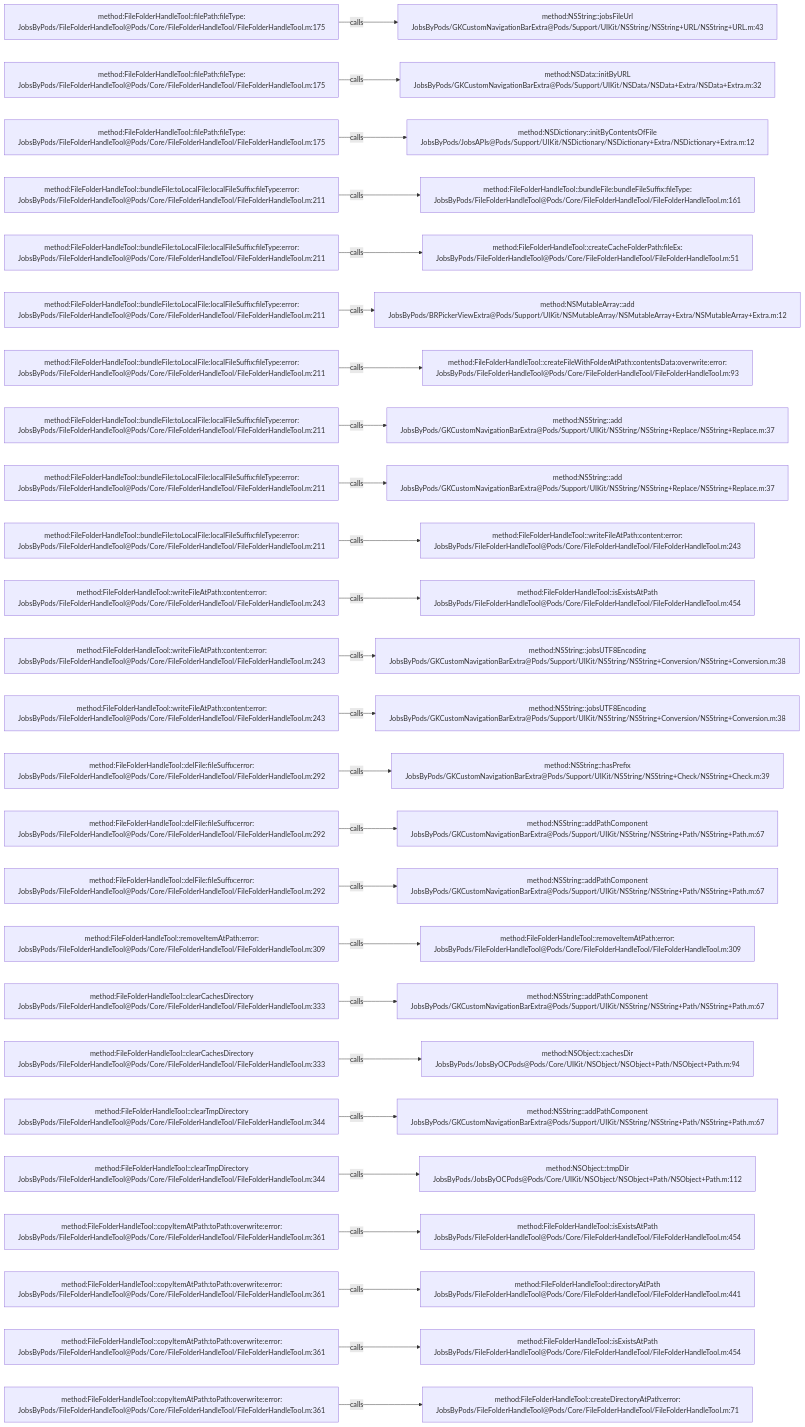
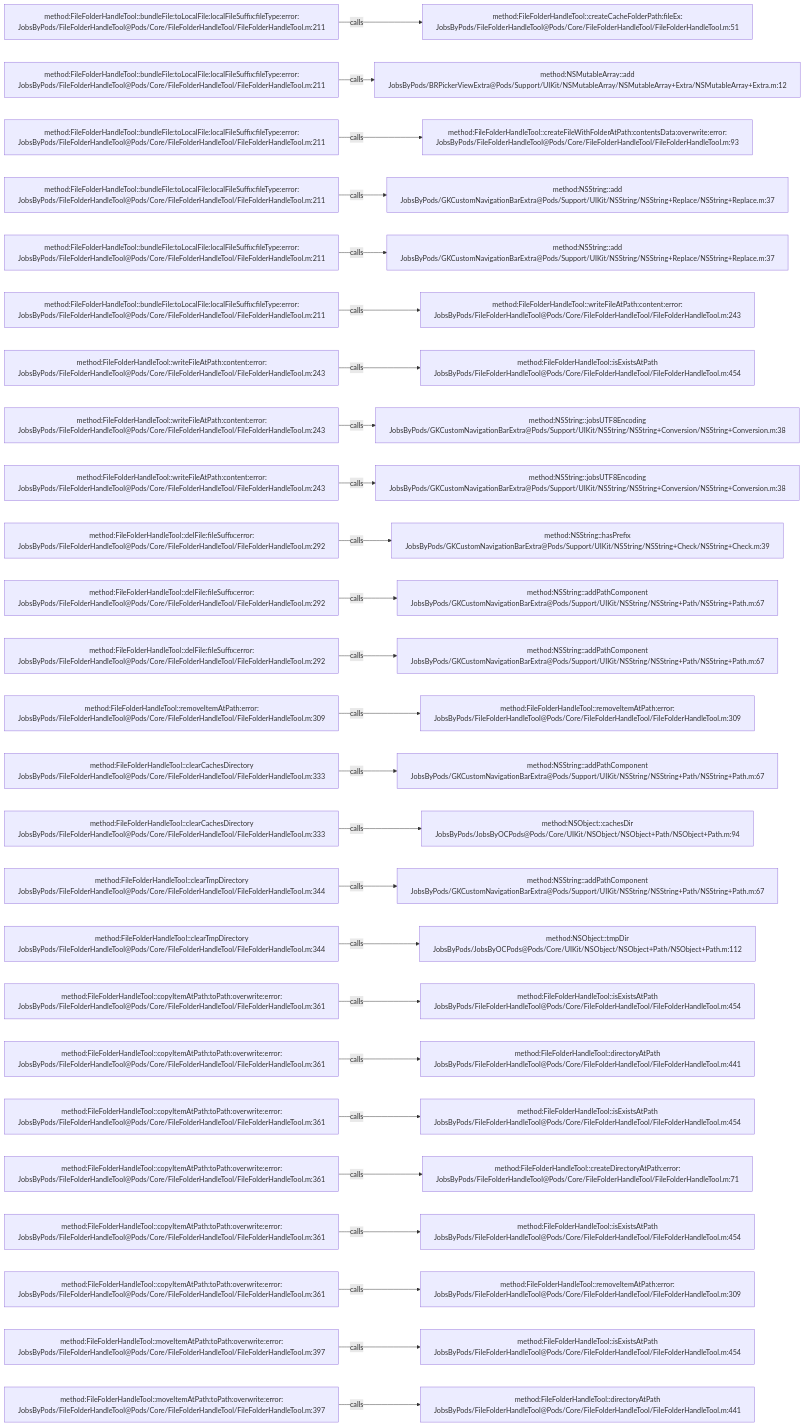
Before and after one commit to JobsKits/JobsOCBaseConfigDemo: the diagram in .codegraph/codegraph.md/graphs/calls-006.md, drawn with Mermaid. The commit also changed 223 other files, not shown here.

````diff
--- a/.codegraph/codegraph.md/graphs/calls-006.md
+++ b/.codegraph/codegraph.md/graphs/calls-006.md
@@ -13,78 +13,78 @@
 ```mermaid
 flowchart LR
-  S1["method:FileFolderHandleTool::filePath:fileType:<br/>JobsByPods/FileFolderHandleTool@Pods/Core/FileFolderHandleTool/FileFolderHandleTool.m:175"]
-  T1["method:NSString::jobsFileUrl<br/>JobsByPods/GKCustomNavigationBarExtra@Pods/Support/UIKit/NSString/NSString+URL/NSString+URL.m:43"]
+  S1["method:FileFolderHandleTool::bundleFile:toLocalFile:localFileSuffix:fileType:error:<br/>JobsByPods/FileFolderHandleTool@Pods/Core/FileFolderHandleTool/FileFolderHandleTool.m:211"]
+  T1["method:FileFolderHandleTool::createCacheFolderPath:fileEx:<br/>JobsByPods/FileFolderHandleTool@Pods/Core/FileFolderHandleTool/FileFolderHandleTool.m:51"]
   S1 -->|calls| T1
-  S2["method:FileFolderHandleTool::filePath:fileType:<br/>JobsByPods/FileFolderHandleTool@Pods/Core/FileFolderHandleTool/FileFolderHandleTool.m:175"]
-  T2["method:NSData::initByURL<br/>JobsByPods/GKCustomNavigationBarExtra@Pods/Support/UIKit/NSData/NSData+Extra/NSData+Extra.m:32"]
+  S2["method:FileFolderHandleTool::bundleFile:toLocalFile:localFileSuffix:fileType:error:<br/>JobsByPods/FileFolderHandleTool@Pods/Core/FileFolderHandleTool/FileFolderHandleTool.m:211"]
+  T2["method:NSMutableArray::add<br/>JobsByPods/BRPickerViewExtra@Pods/Support/UIKit/NSMutableArray/NSMutableArray+Extra/NSMutableArray+Extra.m:12"]
   S2 -->|calls| T2
-  S3["method:FileFolderHandleTool::filePath:fileType:<br/>JobsByPods/FileFolderHandleTool@Pods/Core/FileFolderHandleTool/FileFolderHandleTool.m:175"]
-  T3["method:NSDictionary::initByContentsOfFile<br/>JobsByPods/JobsAPIs@Pods/Support/UIKit/NSDictionary/NSDictionary+Extra/NSDictionary+Extra.m:12"]
+  S3["method:FileFolderHandleTool::bundleFile:toLocalFile:localFileSuffix:fileType:error:<br/>JobsByPods/FileFolderHandleTool@Pods/Core/FileFolderHandleTool/FileFolderHandleTool.m:211"]
+  T3["method:FileFolderHandleTool::createFileWithFolderAtPath:contentsData:overwrite:error:<br/>JobsByPods/FileFolderHandleTool@Pods/Core/FileFolderHandleTool/FileFolderHandleTool.m:93"]
   S3 -->|calls| T3
   S4["method:FileFolderHandleTool::bundleFile:toLocalFile:localFileSuffix:fileType:error:<br/>JobsByPods/FileFolderHandleTool@Pods/Core/FileFolderHandleTool/FileFolderHandleTool.m:211"]
-  T4["method:FileFolderHandleTool::bundleFile:bundleFileSuffix:fileType:<br/>JobsByPods/FileFolderHandleTool@Pods/Core/FileFolderHandleTool/FileFolderHandleTool.m:161"]
+  T4["method:NSString::add<br/>JobsByPods/GKCustomNavigationBarExtra@Pods/Support/UIKit/NSString/NSString+Replace/NSString+Replace.m:37"]
   S4 -->|calls| T4
   S5["method:FileFolderHandleTool::bundleFile:toLocalFile:localFileSuffix:fileType:error:<br/>JobsByPods/FileFolderHandleTool@Pods/Core/FileFolderHandleTool/FileFolderHandleTool.m:211"]
-  T5["method:FileFolderHandleTool::createCacheFolderPath:fileEx:<br/>JobsByPods/FileFolderHandleTool@Pods/Core/FileFolderHandleTool/FileFolderHandleTool.m:51"]
+  T5["method:NSString::add<br/>JobsByPods/GKCustomNavigationBarExtra@Pods/Support/UIKit/NSString/NSString+Replace/NSString+Replace.m:37"]
   S5 -->|calls| T5
   S6["method:FileFolderHandleTool::bundleFile:toLocalFile:localFileSuffix:fileType:error:<br/>JobsByPods/FileFolderHandleTool@Pods/Core/FileFolderHandleTool/FileFolderHandleTool.m:211"]
-  T6["method:NSMutableArray::add<br/>JobsByPods/BRPickerViewExtra@Pods/Support/UIKit/NSMutableArray/NSMutableArray+Extra/NSMutableArray+Extra.m:12"]
+  T6["method:FileFolderHandleTool::writeFileAtPath:content:error:<br/>JobsByPods/FileFolderHandleTool@Pods/Core/FileFolderHandleTool/FileFolderHandleTool.m:243"]
   S6 -->|calls| T6
-  S7["method:FileFolderHandleTool::bundleFile:toLocalFile:localFileSuffix:fileType:error:<br/>JobsByPods/FileFolderHandleTool@Pods/Core/FileFolderHandleTool/FileFolderHandleTool.m:211"]
-  T7["method:FileFolderHandleTool::createFileWithFolderAtPath:contentsData:overwrite:error:<br/>JobsByPods/FileFolderHandleTool@Pods/Core/FileFolderHandleTool/FileFolderHandleTool.m:93"]
+  S7["method:FileFolderHandleTool::writeFileAtPath:content:error:<br/>JobsByPods/FileFolderHandleTool@Pods/Core/FileFolderHandleTool/FileFolderHandleTool.m:243"]
+  T7["method:FileFolderHandleTool::isExistsAtPath<br/>JobsByPods/FileFolderHandleTool@Pods/Core/FileFolderHandleTool/FileFolderHandleTool.m:454"]
   S7 -->|calls| T7
-  S8["method:FileFolderHandleTool::bundleFile:toLocalFile:localFileSuffix:fileType:error:<br/>JobsByPods/FileFolderHandleTool@Pods/Core/FileFolderHandleTool/FileFolderHandleTool.m:211"]
-  T8["method:NSString::add<br/>JobsByPods/GKCustomNavigationBarExtra@Pods/Support/UIKit/NSString/NSString+Replace/NSString+Replace.m:37"]
+  S8["method:FileFolderHandleTool::writeFileAtPath:content:error:<br/>JobsByPods/FileFolderHandleTool@Pods/Core/FileFolderHandleTool/FileFolderHandleTool.m:243"]
+  T8["method:NSString::jobsUTF8Encoding<br/>JobsByPods/GKCustomNavigationBarExtra@Pods/Support/UIKit/NSString/NSString+Conversion/NSString+Conversion.m:38"]
   S8 -->|calls| T8
-  S9["method:FileFolderHandleTool::bundleFile:toLocalFile:localFileSuffix:fileType:error:<br/>JobsByPods/FileFolderHandleTool@Pods/Core/FileFolderHandleTool/FileFolderHandleTool.m:211"]
-  T9["method:NSString::add<br/>JobsByPods/GKCustomNavigationBarExtra@Pods/Support/UIKit/NSString/NSString+Replace/NSString+Replace.m:37"]
+  S9["method:FileFolderHandleTool::writeFileAtPath:content:error:<br/>JobsByPods/FileFolderHandleTool@Pods/Core/FileFolderHandleTool/FileFolderHandleTool.m:243"]
+  T9["method:NSString::jobsUTF8Encoding<br/>JobsByPods/GKCustomNavigationBarExtra@Pods/Support/UIKit/NSString/NSString+Conversion/NSString+Conversion.m:38"]
   S9 -->|calls| T9
-  S10["method:FileFolderHandleTool::bundleFile:toLocalFile:localFileSuffix:fileType:error:<br/>JobsByPods/FileFolderHandleTool@Pods/Core/FileFolderHandleTool/FileFolderHandleTool.m:211"]
-  T10["method:FileFolderHandleTool::writeFileAtPath:content:error:<br/>JobsByPods/FileFolderHandleTool@Pods/Core/FileFolderHandleTool/FileFolderHandleTool.m:243"]
+  S10["method:FileFolderHandleTool::delFile:fileSuffix:error:<br/>JobsByPods/FileFolderHandleTool@Pods/Core/FileFolderHandleTool/FileFolderHandleTool.m:292"]
+  T10["method:NSString::hasPrefix<br/>JobsByPods/GKCustomNavigationBarExtra@Pods/Support/UIKit/NSString/NSString+Check/NSString+Check.m:39"]
   S10 -->|calls| T10
-  S11["method:FileFolderHandleTool::writeFileAtPath:content:error:<br/>JobsByPods/FileFolderHandleTool@Pods/Core/FileFolderHandleTool/FileFolderHandleTool.m:243"]
-  T11["method:FileFolderHandleTool::isExistsAtPath<br/>JobsByPods/FileFolderHandleTool@Pods/Core/FileFolderHandleTool/FileFolderHandleTool.m:454"]
+  S11["method:FileFolderHandleTool::delFile:fileSuffix:error:<br/>JobsByPods/FileFolderHandleTool@Pods/Core/FileFolderHandleTool/FileFolderHandleTool.m:292"]
+  T11["method:NSString::addPathComponent<br/>JobsByPods/GKCustomNavigationBarExtra@Pods/Support/UIKit/NSString/NSString+Path/NSString+Path.m:67"]
   S11 -->|calls| T11
-  S12["method:FileFolderHandleTool::writeFileAtPath:content:error:<br/>JobsByPods/FileFolderHandleTool@Pods/Core/FileFolderHandleTool/FileFolderHandleTool.m:243"]
-  T12["method:NSString::jobsUTF8Encoding<br/>JobsByPods/GKCustomNavigationBarExtra@Pods/Support/UIKit/NSString/NSString+Conversion/NSString+Conversion.m:38"]
+  S12["method:FileFolderHandleTool::delFile:fileSuffix:error:<br/>JobsByPods/FileFolderHandleTool@Pods/Core/FileFolderHandleTool/FileFolderHandleTool.m:292"]
+  T12["method:NSString::addPathComponent<br/>JobsByPods/GKCustomNavigationBarExtra@Pods/Support/UIKit/NSString/NSString+Path/NSString+Path.m:67"]
   S12 -->|calls| T12
-  S13["method:FileFolderHandleTool::writeFileAtPath:content:error:<br/>JobsByPods/FileFolderHandleTool@Pods/Core/FileFolderHandleTool/FileFolderHandleTool.m:243"]
-  T13["method:NSString::jobsUTF8Encoding<br/>JobsByPods/GKCustomNavigationBarExtra@Pods/Support/UIKit/NSString/NSString+Conversion/NSString+Conversion.m:38"]
+  S13["method:FileFolderHandleTool::removeItemAtPath:error:<br/>JobsByPods/FileFolderHandleTool@Pods/Core/FileFolderHandleTool/FileFolderHandleTool.m:309"]
+  T13["method:FileFolderHandleTool::removeItemAtPath:error:<br/>JobsByPods/FileFolderHandleTool@Pods/Core/FileFolderHandleTool/FileFolderHandleTool.m:309"]
   S13 -->|calls| T13
-  S14["method:FileFolderHandleTool::delFile:fileSuffix:error:<br/>JobsByPods/FileFolderHandleTool@Pods/Core/FileFolderHandleTool/FileFolderHandleTool.m:292"]
-  T14["method:NSString::hasPrefix<br/>JobsByPods/GKCustomNavigationBarExtra@Pods/Support/UIKit/NSString/NSString+Check/NSString+Check.m:39"]
+  S14["method:FileFolderHandleTool::clearCachesDirectory<br/>JobsByPods/FileFolderHandleTool@Pods/Core/FileFolderHandleTool/FileFolderHandleTool.m:333"]
+  T14["method:NSString::addPathComponent<br/>JobsByPods/GKCustomNavigationBarExtra@Pods/Support/UIKit/NSString/NSString+Path/NSString+Path.m:67"]
   S14 -->|calls| T14
-  S15["method:FileFolderHandleTool::delFile:fileSuffix:error:<br/>JobsByPods/FileFolderHandleTool@Pods/Core/FileFolderHandleTool/FileFolderHandleTool.m:292"]
-  T15["method:NSString::addPathComponent<br/>JobsByPods/GKCustomNavigationBarExtra@Pods/Support/UIKit/NSString/NSString+Path/NSString+Path.m:67"]
+  S15["method:FileFolderHandleTool::clearCachesDirectory<br/>JobsByPods/FileFolderHandleTool@Pods/Core/FileFolderHandleTool/FileFolderHandleTool.m:333"]
+  T15["method:NSObject::cachesDir<br/>JobsByPods/JobsByOCPods@Pods/Core/UIKit/NSObject/NSObject+Path/NSObject+Path.m:94"]
   S15 -->|calls| T15
-  S16["method:FileFolderHandleTool::delFile:fileSuffix:error:<br/>JobsByPods/FileFolderHandleTool@Pods/Core/FileFolderHandleTool/FileFolderHandleTool.m:292"]
+  S16["method:FileFolderHandleTool::clearTmpDirectory<br/>JobsByPods/FileFolderHandleTool@Pods/Core/FileFolderHandleTool/FileFolderHandleTool.m:344"]
   T16["method:NSString::addPathComponent<br/>JobsByPods/GKCustomNavigationBarExtra@Pods/Support/UIKit/NSString/NSString+Path/NSString+Path.m:67"]
   S16 -->|calls| T16
-  S17["method:FileFolderHandleTool::removeItemAtPath:error:<br/>JobsByPods/FileFolderHandleTool@Pods/Core/FileFolderHandleTool/FileFolderHandleTool.m:309"]
-  T17["method:FileFolderHandleTool::removeItemAtPath:error:<br/>JobsByPods/FileFolderHandleTool@Pods/Core/FileFolderHandleTool/FileFolderHandleTool.m:309"]
+  S17["method:FileFolderHandleTool::clearTmpDirectory<br/>JobsByPods/FileFolderHandleTool@Pods/Core/FileFolderHandleTool/FileFolderHandleTool.m:344"]
+  T17["method:NSObject::tmpDir<br/>JobsByPods/JobsByOCPods@Pods/Core/UIKit/NSObject/NSObject+Path/NSObject+Path.m:112"]
   S17 -->|calls| T17
-  S18["method:FileFolderHandleTool::clearCachesDirectory<br/>JobsByPods/FileFolderHandleTool@Pods/Core/FileFolderHandleTool/FileFolderHandleTool.m:333"]
-  T18["method:NSString::addPathComponent<br/>JobsByPods/GKCustomNavigationBarExtra@Pods/Support/UIKit/NSString/NSString+Path/NSString+Path.m:67"]
+  S18["method:FileFolderHandleTool::copyItemAtPath:toPath:overwrite:error:<br/>JobsByPods/FileFolderHandleTool@Pods/Core/FileFolderHandleTool/FileFolderHandleTool.m:361"]
+  T18["method:FileFolderHandleTool::isExistsAtPath<br/>JobsByPods/FileFolderHandleTool@Pods/Core/FileFolderHandleTool/FileFolderHandleTool.m:454"]
   S18 -->|calls| T18
-  S19["method:FileFolderHandleTool::clearCachesDirectory<br/>JobsByPods/FileFolderHandleTool@Pods/Core/FileFolderHandleTool/FileFolderHandleTool.m:333"]
-  T19["method:NSObject::cachesDir<br/>JobsByPods/JobsByOCPods@Pods/Core/UIKit/NSObject/NSObject+Path/NSObject+Path.m:94"]
+  S19["method:FileFolderHandleTool::copyItemAtPath:toPath:overwrite:error:<br/>JobsByPods/FileFolderHandleTool@Pods/Core/FileFolderHandleTool/FileFolderHandleTool.m:361"]
+  T19["method:FileFolderHandleTool::directoryAtPath<br/>JobsByPods/FileFolderHandleTool@Pods/Core/FileFolderHandleTool/FileFolderHandleTool.m:441"]
   S19 -->|calls| T19
-  S20["method:FileFolderHandleTool::clearTmpDirectory<br/>JobsByPods/FileFolderHandleTool@Pods/Core/FileFolderHandleTool/FileFolderHandleTool.m:344"]
-  T20["method:NSString::addPathComponent<br/>JobsByPods/GKCustomNavigationBarExtra@Pods/Support/UIKit/NSString/NSString+Path/NSString+Path.m:67"]
+  S20["method:FileFolderHandleTool::copyItemAtPath:toPath:overwrite:error:<br/>JobsByPods/FileFolderHandleTool@Pods/Core/FileFolderHandleTool/FileFolderHandleTool.m:361"]
+  T20["method:FileFolderHandleTool::isExistsAtPath<br/>JobsByPods/FileFolderHandleTool@Pods/Core/FileFolderHandleTool/FileFolderHandleTool.m:454"]
   S20 -->|calls| T20
-  S21["method:FileFolderHandleTool::clearTmpDirectory<br/>JobsByPods/FileFolderHandleTool@Pods/Core/FileFolderHandleTool/FileFolderHandleTool.m:344"]
-  T21["method:NSObject::tmpDir<br/>JobsByPods/JobsByOCPods@Pods/Core/UIKit/NSObject/NSObject+Path/NSObject+Path.m:112"]
+  S21["method:FileFolderHandleTool::copyItemAtPath:toPath:overwrite:error:<br/>JobsByPods/FileFolderHandleTool@Pods/Core/FileFolderHandleTool/FileFolderHandleTool.m:361"]
+  T21["method:FileFolderHandleTool::createDirectoryAtPath:error:<br/>JobsByPods/FileFolderHandleTool@Pods/Core/FileFolderHandleTool/FileFolderHandleTool.m:71"]
   S21 -->|calls| T21
   S22["method:FileFolderHandleTool::copyItemAtPath:toPath:overwrite:error:<br/>JobsByPods/FileFolderHandleTool@Pods/Core/FileFolderHandleTool/FileFolderHandleTool.m:361"]
   T22["method:FileFolderHandleTool::isExistsAtPath<br/>JobsByPods/FileFolderHandleTool@Pods/Core/FileFolderHandleTool/FileFolderHandleTool.m:454"]
   S22 -->|calls| T22
   S23["method:FileFolderHandleTool::copyItemAtPath:toPath:overwrite:error:<br/>JobsByPods/FileFolderHandleTool@Pods/Core/FileFolderHandleTool/FileFolderHandleTool.m:361"]
-  T23["method:FileFolderHandleTool::directoryAtPath<br/>JobsByPods/FileFolderHandleTool@Pods/Core/FileFolderHandleTool/FileFolderHandleTool.m:441"]
+  T23["method:FileFolderHandleTool::removeItemAtPath:error:<br/>JobsByPods/FileFolderHandleTool@Pods/Core/FileFolderHandleTool/FileFolderHandleTool.m:309"]
   S23 -->|calls| T23
-  S24["method:FileFolderHandleTool::copyItemAtPath:toPath:overwrite:error:<br/>JobsByPods/FileFolderHandleTool@Pods/Core/FileFolderHandleTool/FileFolderHandleTool.m:361"]
+  S24["method:FileFolderHandleTool::moveItemAtPath:toPath:overwrite:error:<br/>JobsByPods/FileFolderHandleTool@Pods/Core/FileFolderHandleTool/FileFolderHandleTool.m:397"]
   T24["method:FileFolderHandleTool::isExistsAtPath<br/>JobsByPods/FileFolderHandleTool@Pods/Core/FileFolderHandleTool/FileFolderHandleTool.m:454"]
   S24 -->|calls| T24
-  S25["method:FileFolderHandleTool::copyItemAtPath:toPath:overwrite:error:<br/>JobsByPods/FileFolderHandleTool@Pods/Core/FileFolderHandleTool/FileFolderHandleTool.m:361"]
-  T25["method:FileFolderHandleTool::createDirectoryAtPath:error:<br/>JobsByPods/FileFolderHandleTool@Pods/Core/FileFolderHandleTool/FileFolderHandleTool.m:71"]
+  S25["method:FileFolderHandleTool::moveItemAtPath:toPath:overwrite:error:<br/>JobsByPods/FileFolderHandleTool@Pods/Core/FileFolderHandleTool/FileFolderHandleTool.m:397"]
+  T25["method:FileFolderHandleTool::directoryAtPath<br/>JobsByPods/FileFolderHandleTool@Pods/Core/FileFolderHandleTool/FileFolderHandleTool.m:441"]
   S25 -->|calls| T25
 ```
````
